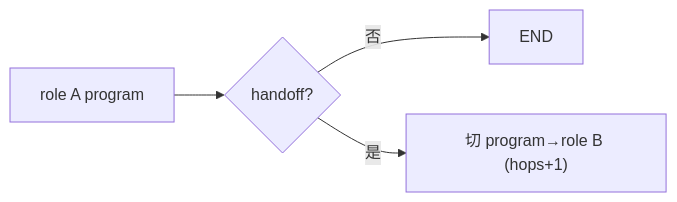
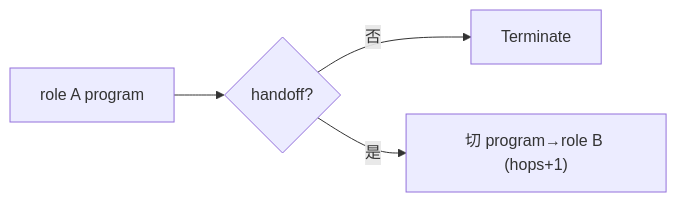
One commit to sao-lang/lll changed the ninth of 11 diagrams in docs/02-模块详设/Agent/R12-内置架构与组合.md. Above: the diagram before and after it, drawn with Mermaid. The commit also changed other lines of this file and 127 other files, not shown here.

````diff
--- a/docs/02-模块详设/Agent/R12-内置架构与组合.md
+++ b/docs/02-模块详设/Agent/R12-内置架构与组合.md
@@ -277,6 +277,6 @@
 ```mermaid
 flowchart LR
     A["role A program"] --> H{"handoff?"}
-    H -->|否| E["END"]
+    H -->|否| E["Terminate"]
     H -->|是| B["切 program→role B (hops+1)"]
 ```
````
